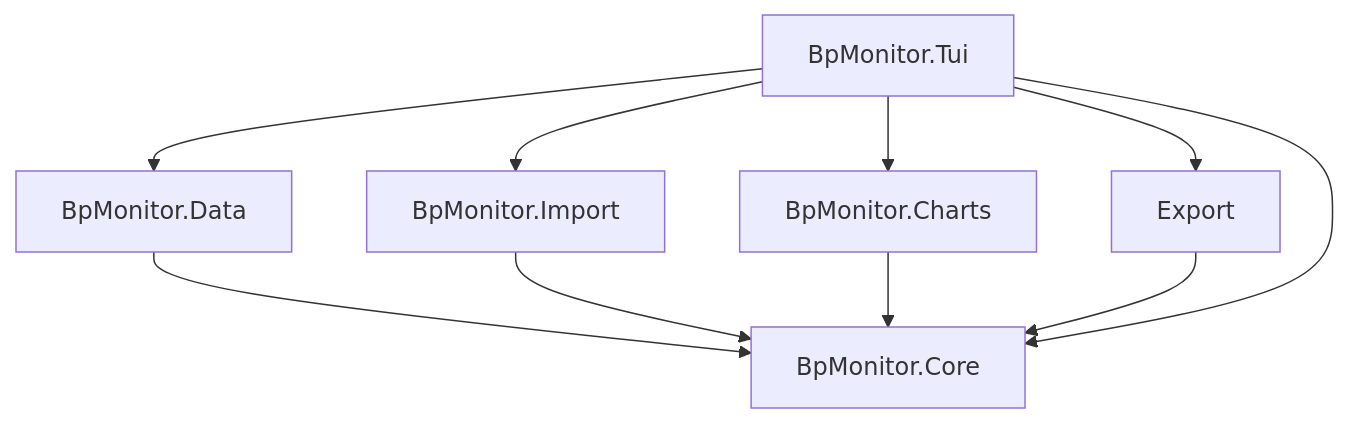
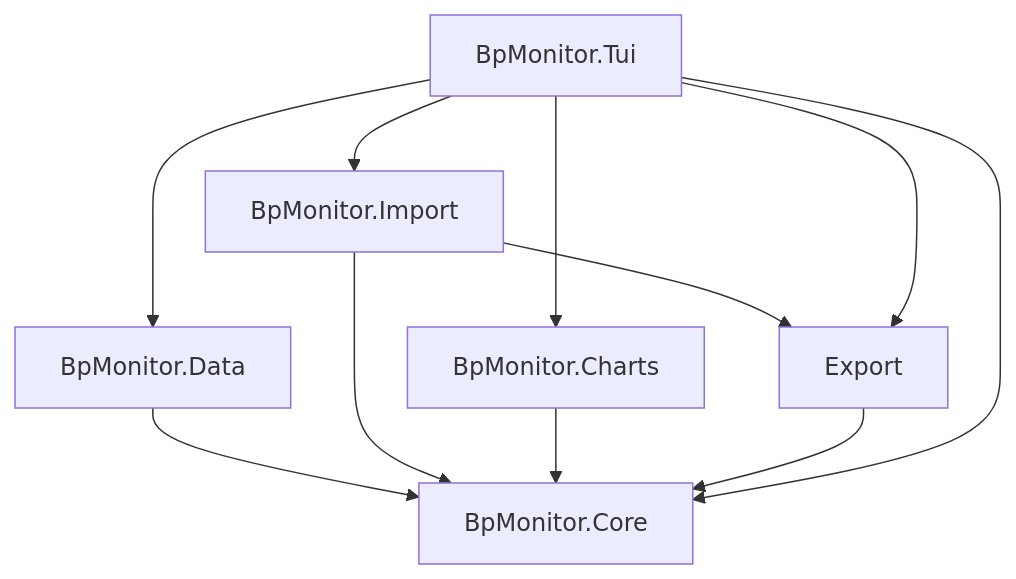
Before and after one commit to draptik/BpMonitor: the diagram in docs/architecture.md, drawn with Mermaid. The commit also changed other lines of this file, not shown here.

Commit message:
📝 docs: update architecture to reflect Import → Export dependency

````diff
--- a/docs/architecture.md
+++ b/docs/architecture.md
@@ -67,18 +67,19 @@
 ```mermaid
 graph TD
     Core[BpMonitor.Core]
     Data[BpMonitor.Data]
     Import[BpMonitor.Import]
     Charts[BpMonitor.Charts]
     Tui[BpMonitor.Tui]
 
     Data --> Core
     Import --> Core
+    Import --> Export
     Charts --> Core
     Export --> Core
     Tui --> Core
     Tui --> Data
     Tui --> Import
     Tui --> Charts
     Tui --> Export
 ```
````
